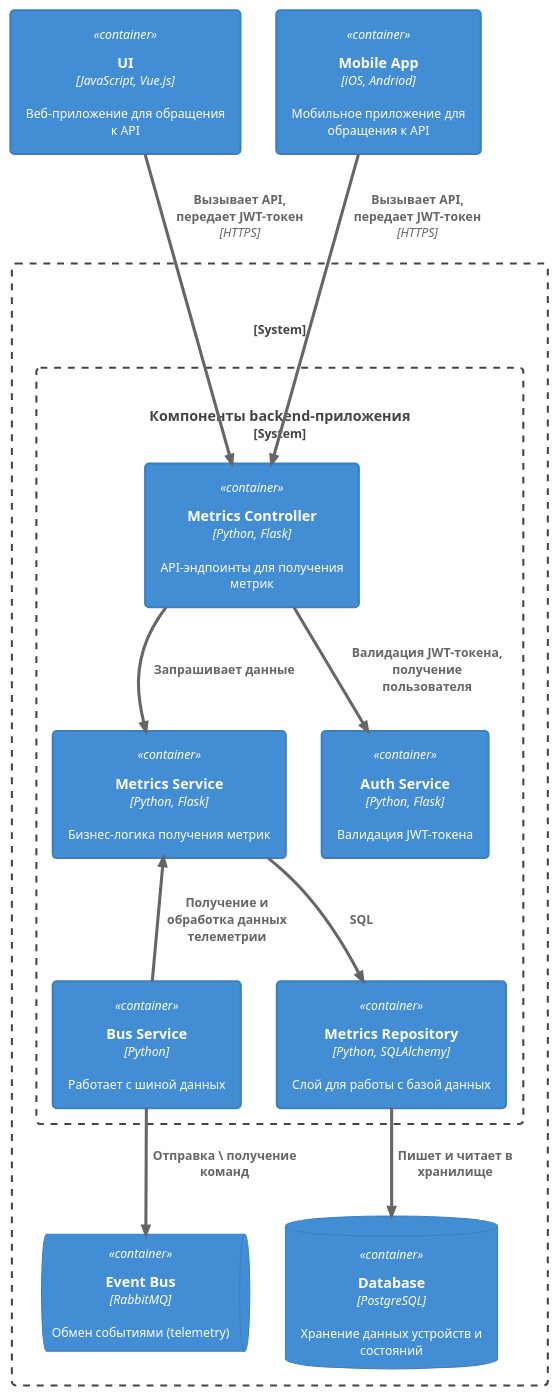
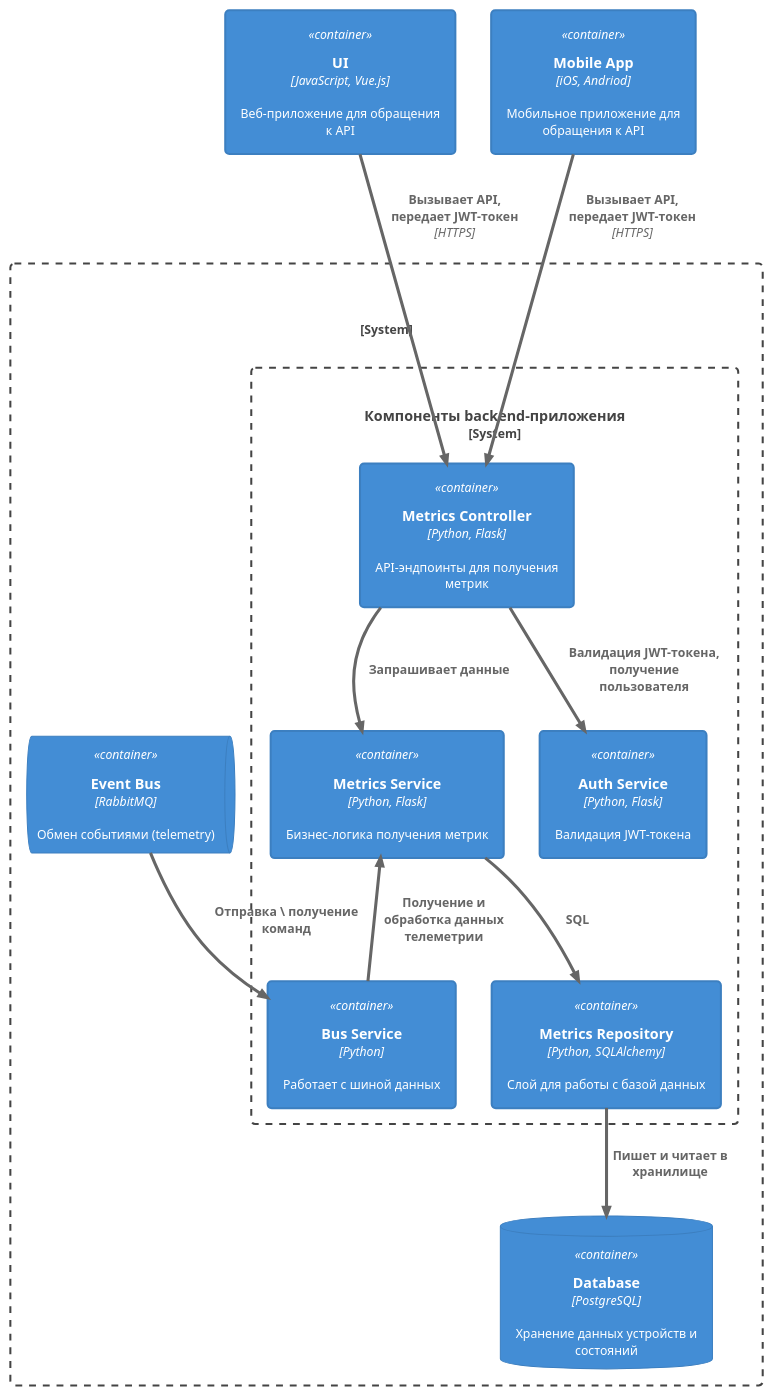
Before and after one commit to AlexDmitriev/architecture-pro-warmhouse: the diagram in diagrams/src/component/telemetry.wsd, drawn with PlantUML. The commit also changed 14 other files, not shown here.

```diff
--- a/diagrams/src/component/telemetry.wsd
+++ b/diagrams/src/component/telemetry.wsd
@@ -1,35 +1,35 @@
 @startuml
 !theme cerulean
 !include https://raw.githubusercontent.com/plantuml-stdlib/C4-PlantUML/master/C4_Container.puml
 
 Container(ui, "UI", "JavaScript, Vue.js", "Веб-приложение для обращения к API")
 Container(mobile, "Mobile App", "iOS, Andriod", "Мобильное приложение для обращения к API")
 
 System_Boundary(c0, "") {
 
   System_Boundary(c1, "Компоненты backend-приложения") {
     Container(metricsController, "Metrics Controller", "Python, Flask", "API-эндпоинты для получения метрик")
     Container(metricsSevice, "Metrics Service", "Python, Flask", "Бизнес-логика получения метрик")
     Container(authService, "Auth Service", "Python, Flask", "Валидация JWT-токена")
     Container(bus, "Bus Service", "Python", "Работает с шиной данных")
     Container(metricsRepository, "Metrics Repository", "Python, SQLAlchemy", "Слой для работы с базой данных")
   }
   
   ContainerDb(database, "Database", "PostgreSQL", "Хранение данных устройств и состояний")
   ContainerQueue(eventBus, "Event Bus", "RabbitMQ", "Обмен событиями (telemetry)")
 }
 
 
 Rel(ui, metricsController, "Вызывает API, передает JWT-токен", "HTTPS")
 Rel(mobile, metricsController, "Вызывает API, передает JWT-токен", "HTTPS")
 
 Rel(metricsController, authService, "Валидация JWT-токена, получение пользователя")
 Rel(metricsController, metricsSevice, "Запрашивает данные")
 
 Rel_U(bus, metricsSevice, "Получение и обработка данных телеметрии")
-Rel(bus, eventBus, "Отправка \ получение команд")
+Rel(eventBus, bus, "Отправка \ получение команд")
 
 Rel(metricsSevice, metricsRepository, "SQL")
 Rel_D(metricsRepository, database, "Пишет и читает в хранилище")
 
 @enduml
```
